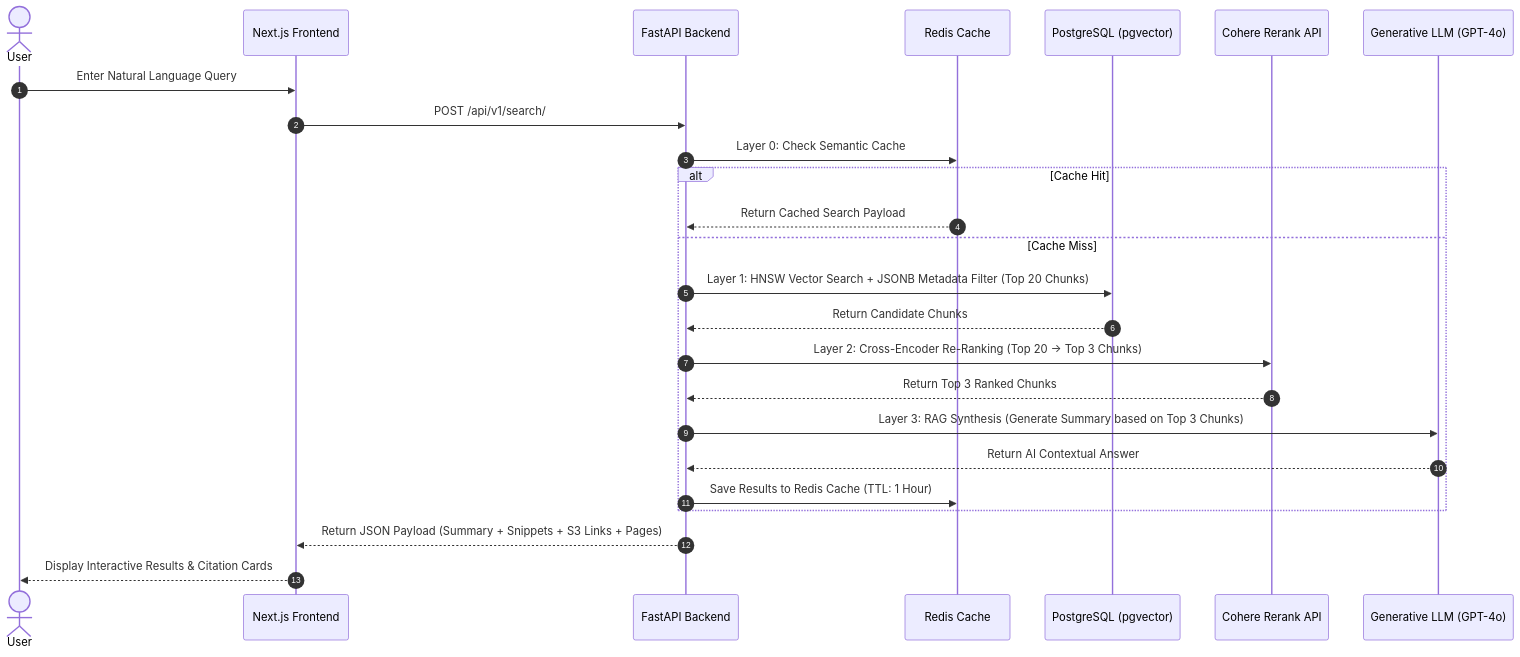
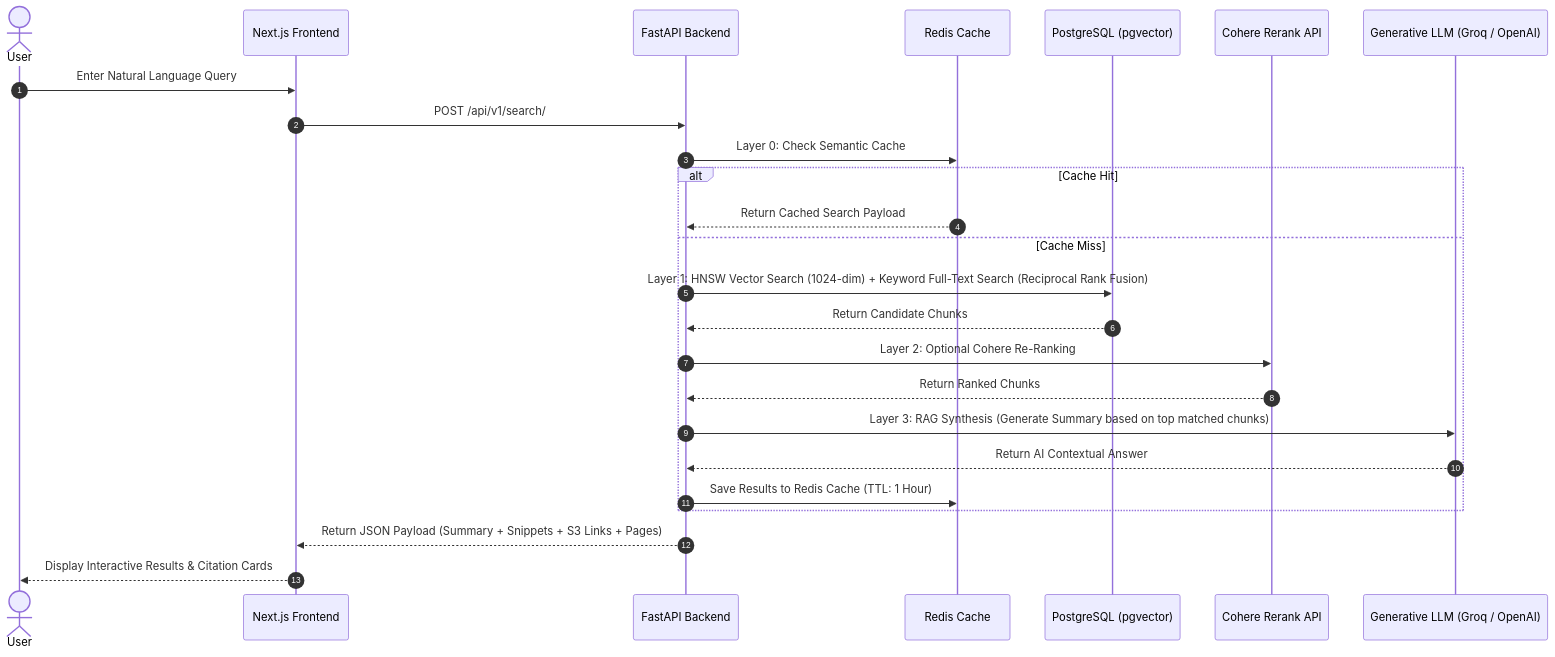
One commit to gaurav-chaudhari-sdms-493/DMS changed the second of 2 diagrams in docs/SYSTEM_ARCHITECTURE.md. Above: the diagram before and after it, drawn with Mermaid. The commit also changed other lines of this file and 53 other files, not shown here.

````diff
--- a/docs/SYSTEM_ARCHITECTURE.md
+++ b/docs/SYSTEM_ARCHITECTURE.md
@@ -139,30 +138,30 @@
 ```mermaid
 sequenceDiagram
     autonumber
     actor User
     participant Frontend as Next.js Frontend
     participant API as FastAPI Backend
     participant Cache as Redis Cache
     participant DB as PostgreSQL (pgvector)
     participant Rerank as Cohere Rerank API
-    participant LLM as Generative LLM (GPT-4o)
+    participant LLM as Generative LLM (Groq / OpenAI)
 
     User->>Frontend: Enter Natural Language Query
     Frontend->>API: POST /api/v1/search/
     
     API->>Cache: Layer 0: Check Semantic Cache
     alt Cache Hit
         Cache-->>API: Return Cached Search Payload
     else Cache Miss
-        API->>DB: Layer 1: HNSW Vector Search + JSONB Metadata Filter (Top 20 Chunks)
+        API->>DB: Layer 1: HNSW Vector Search (1024-dim) + Keyword Full-Text Search (Reciprocal Rank Fusion)
         DB-->>API: Return Candidate Chunks
-        API->>Rerank: Layer 2: Cross-Encoder Re-Ranking (Top 20 -> Top 3 Chunks)
-        Rerank-->>API: Return Top 3 Ranked Chunks
-        API->>LLM: Layer 3: RAG Synthesis (Generate Summary based on Top 3 Chunks)
+        API->>Rerank: Layer 2: Optional Cohere Re-Ranking
+        Rerank-->>API: Return Ranked Chunks
+        API->>LLM: Layer 3: RAG Synthesis (Generate Summary based on top matched chunks)
         LLM-->>API: Return AI Contextual Answer
         API->>Cache: Save Results to Redis Cache (TTL: 1 Hour)
     end
     
     API-->>Frontend: Return JSON Payload (Summary + Snippets + S3 Links + Pages)
     Frontend-->>User: Display Interactive Results & Citation Cards
 ```
````
